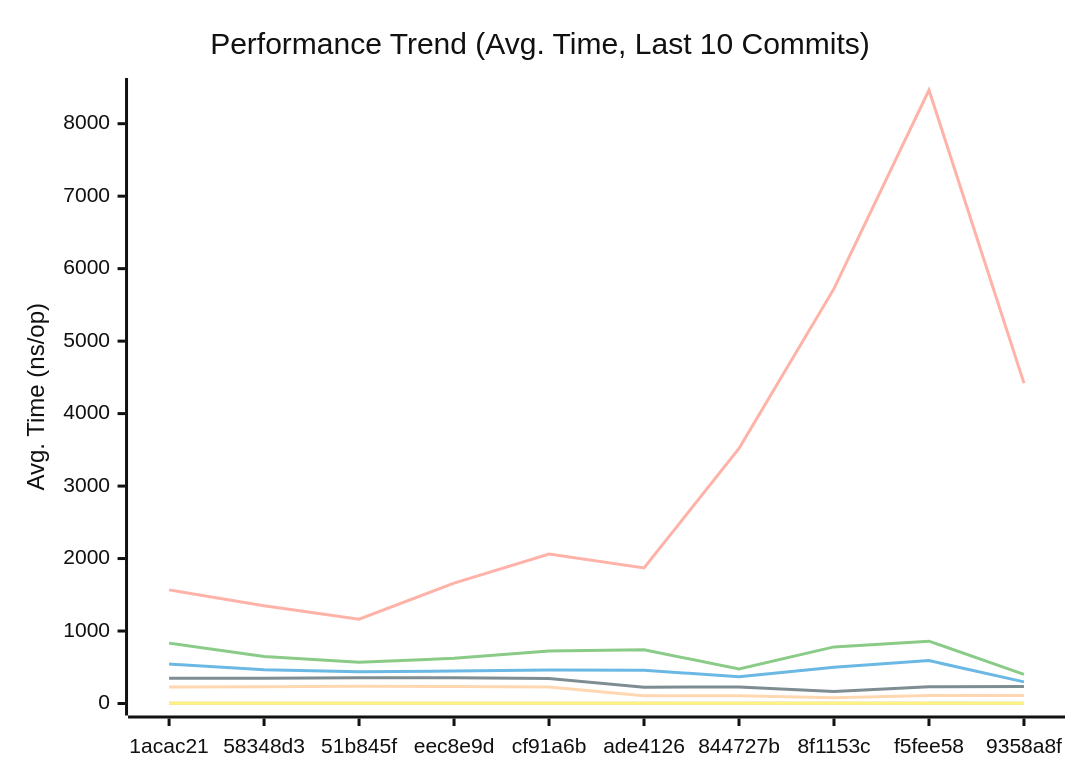
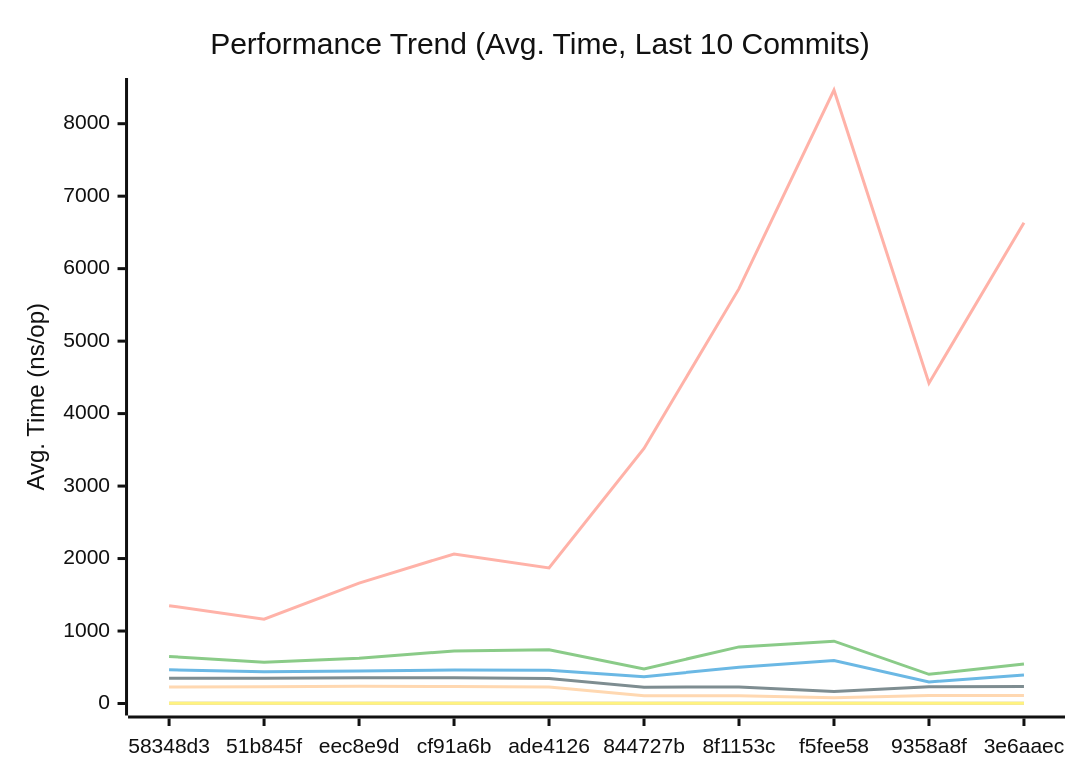
One commit to alsotoes/momo changed the first of 3 diagrams in docs/PERFORMANCE.md. Above: the diagram before and after it, drawn with Mermaid (neutral theme). The commit also changed other lines of this file and 13 other files, not shown here.

````diff
--- a/docs/PERFORMANCE.md
+++ b/docs/PERFORMANCE.md
@@ -80,16 +80,16 @@
 ```mermaid
 xychart-beta
     title "Performance Trend (Avg. Time, Last 10 Commits)"
     x-axis "Commit"
     y-axis "Avg. Time (ns/op)"
-    x-axis [1acac21,58348d3,51b845f,eec8e9d,cf91a6b,ade4126,844727b,8f1153c,f5fee58,9358a8f]
-    line "CheckMetricsAndSwap" [15,14,11,11,15,13,10,15,14,8]
-    line "CrushOptimized" [544,466,437,449,463,458,370,501,592,298]
-    line "CrushOriginal" [833,650,568,624,726,740,478,781,860,403]
-    line "IndexDirectTracking" [1,1,0,0,1,1,0,1,1,0]
-    line "IndexSearch" [3,2,2,2,2,2,2,3,3,2]
-    line "LoadGlobalConfig" [1568,1350,1163,1661,2063,1870,3519,5724,8465,4420]
-    line "PadString" [4,3,2,3,3,3,2,3,3,2]
+    x-axis [58348d3,51b845f,eec8e9d,cf91a6b,ade4126,844727b,8f1153c,f5fee58,9358a8f,3e6aaec]
+    line "CheckMetricsAndSwap" [14,11,11,15,13,10,15,14,8,11]
+    line "CrushOptimized" [466,437,449,463,458,370,501,592,298,393]
+    line "CrushOriginal" [650,568,624,726,740,478,781,860,403,545]
+    line "IndexDirectTracking" [1,0,0,1,1,0,1,1,0,0]
+    line "IndexSearch" [2,2,2,2,2,2,3,3,2,2]
+    line "LoadGlobalConfig" [1350,1163,1661,2063,1870,3519,5724,8465,4420,6633]
+    line "PadString" [3,2,3,3,3,2,3,3,2,3]
     line "ParseReplicationOrder_NoPrealloc" [350,349,357,354,345,225,229,165,232,234]
     line "ParseReplicationOrder_Prealloc" [229,231,237,234,229,108,107,80,110,109]
 ```
````
